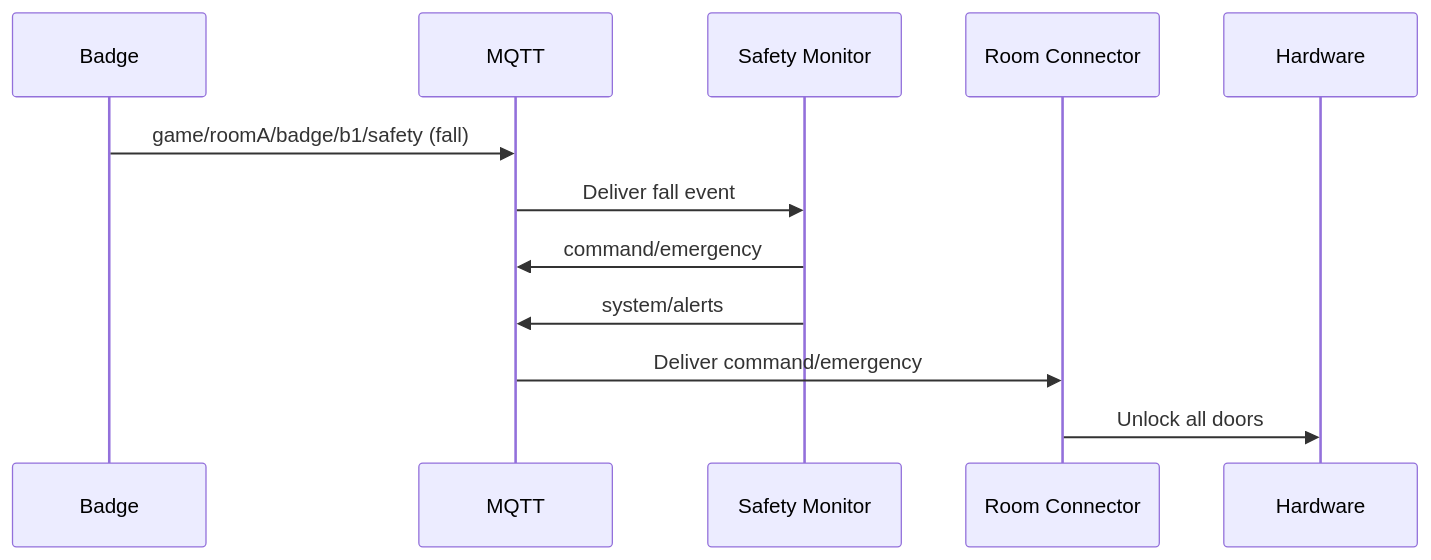
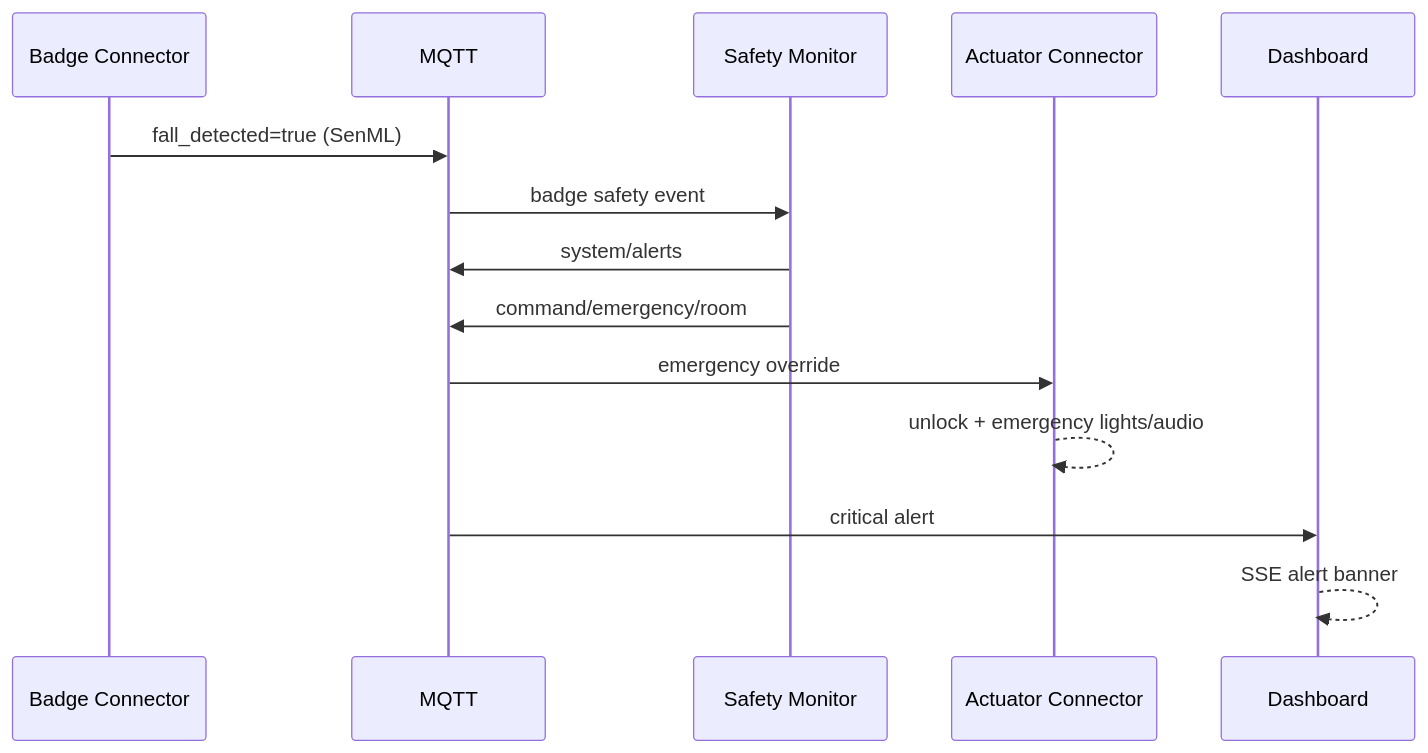
The second of 3 diagrams in docs/sequence_diagrams.md (pollud/IOT_Project), drawn with Mermaid before and after one commit. The commit also changed other lines of this file and 110 other files, not shown here.

````diff
--- a/docs/sequence_diagrams.md
+++ b/docs/sequence_diagrams.md
@@ -15,9 +23,16 @@
 ```mermaid
 sequenceDiagram
-    Badge->>MQTT: game/roomA/badge/b1/safety (fall)
-    MQTT->>Safety Monitor: Deliver fall event
-    Safety Monitor->>MQTT: command/emergency
-    Safety Monitor->>MQTT: system/alerts
-    MQTT->>Room Connector: Deliver command/emergency
-    Room Connector->>Hardware: Unlock all doors
+    participant B as Badge Connector
+    participant M as MQTT
+    participant S as Safety Monitor
+    participant A as Actuator Connector
+    participant D as Dashboard
+    B->>M: fall_detected=true (SenML)
+    M->>S: badge safety event
+    S->>M: system/alerts
+    S->>M: command/emergency/room
+    M->>A: emergency override
+    A-->>A: unlock + emergency lights/audio
+    M->>D: critical alert
+    D-->>D: SSE alert banner
 ```
````
